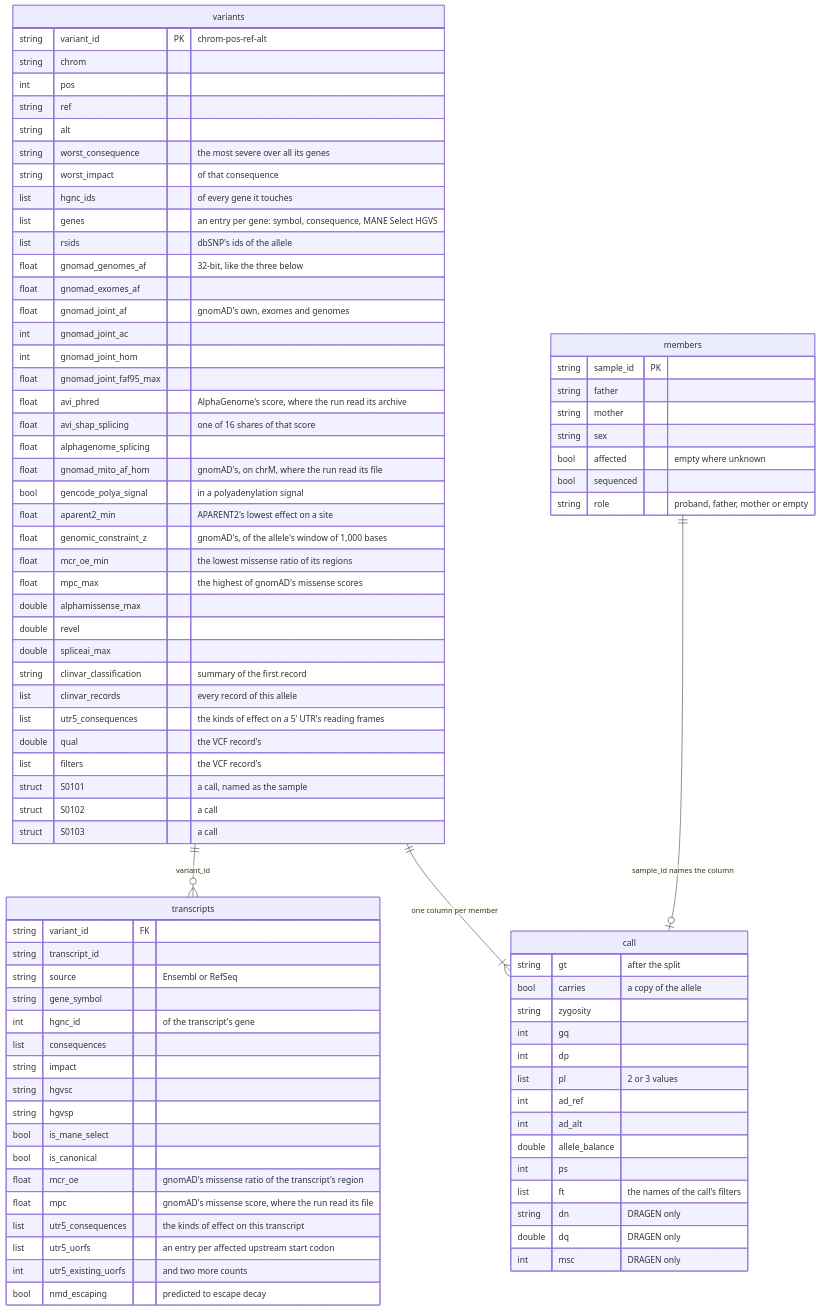
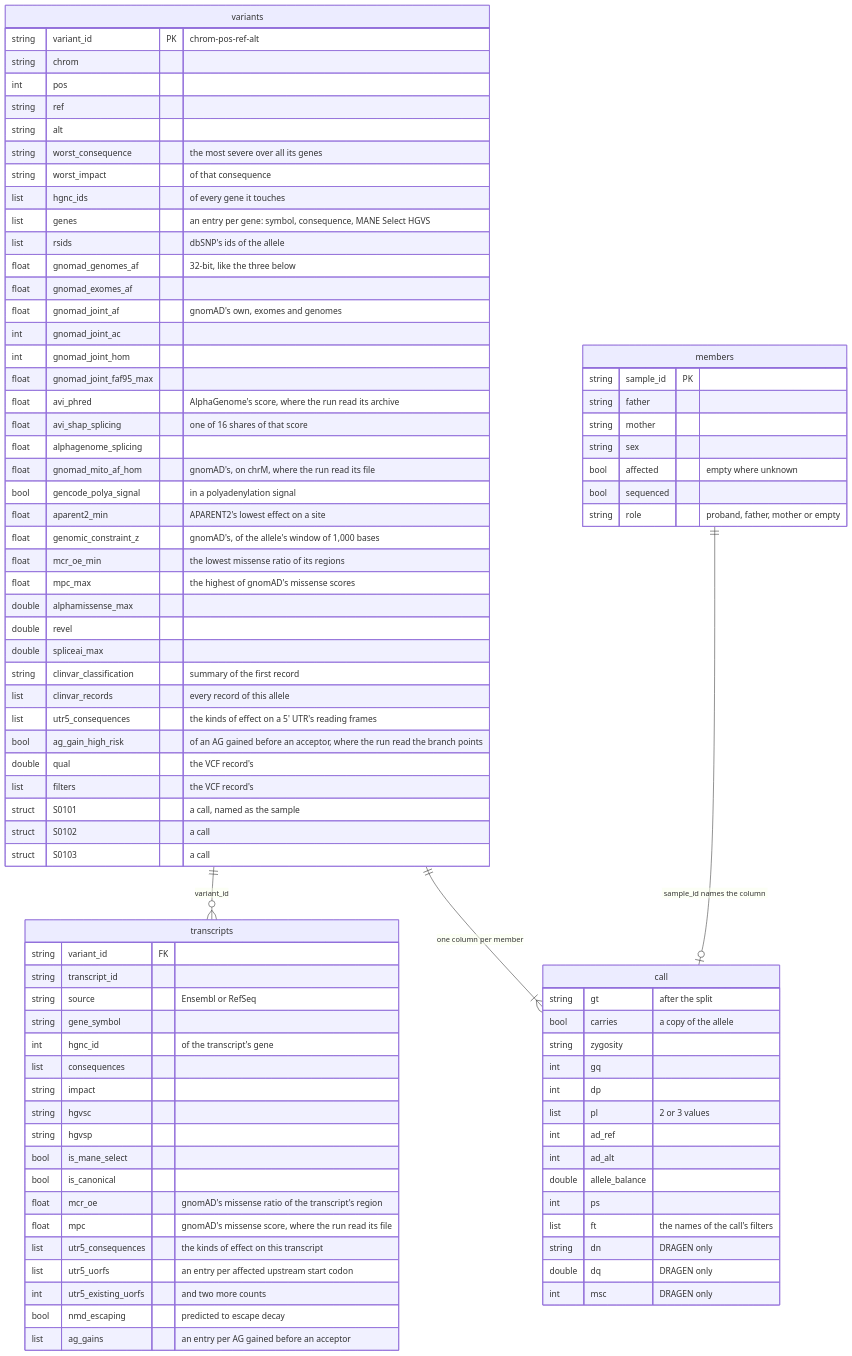
The second of 4 diagrams in docs/family-tables.md (populationgenomics/case-annotation-pipeline), drawn with Mermaid before and after one commit. The commit also changed other lines of this file and 27 other files, not shown here.

```diff
--- a/docs/family-tables.md
+++ b/docs/family-tables.md
@@ -126,6 +126,7 @@
         string clinvar_classification "summary of the first record"
         list clinvar_records "every record of this allele"
         list utr5_consequences "the kinds of effect on a 5' UTR's reading frames"
+        bool ag_gain_high_risk "of an AG gained before an acceptor, where the run read the branch points"
         double qual "the VCF record's"
         list filters "the VCF record's"
         struct S0101 "a call, named as the sample"
@@ -150,6 +151,7 @@
         list utr5_uorfs "an entry per affected upstream start codon"
         int utr5_existing_uorfs "and two more counts"
         bool nmd_escaping "predicted to escape decay"
+        list ag_gains "an entry per AG gained before an acceptor"
     }
     call {
         string gt "after the split"
```
